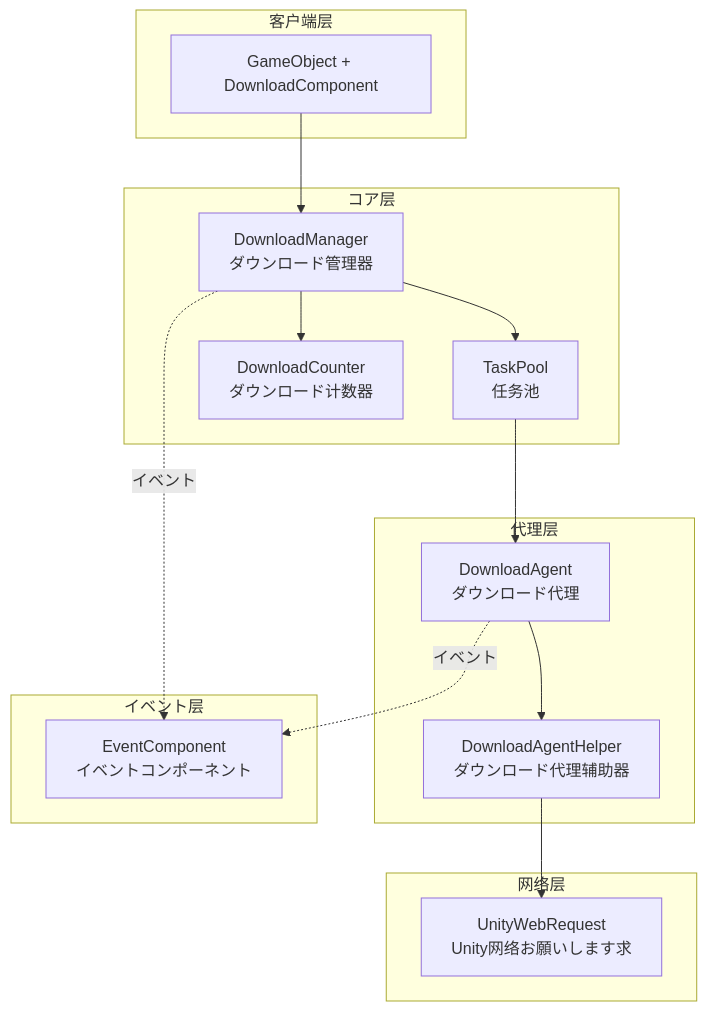
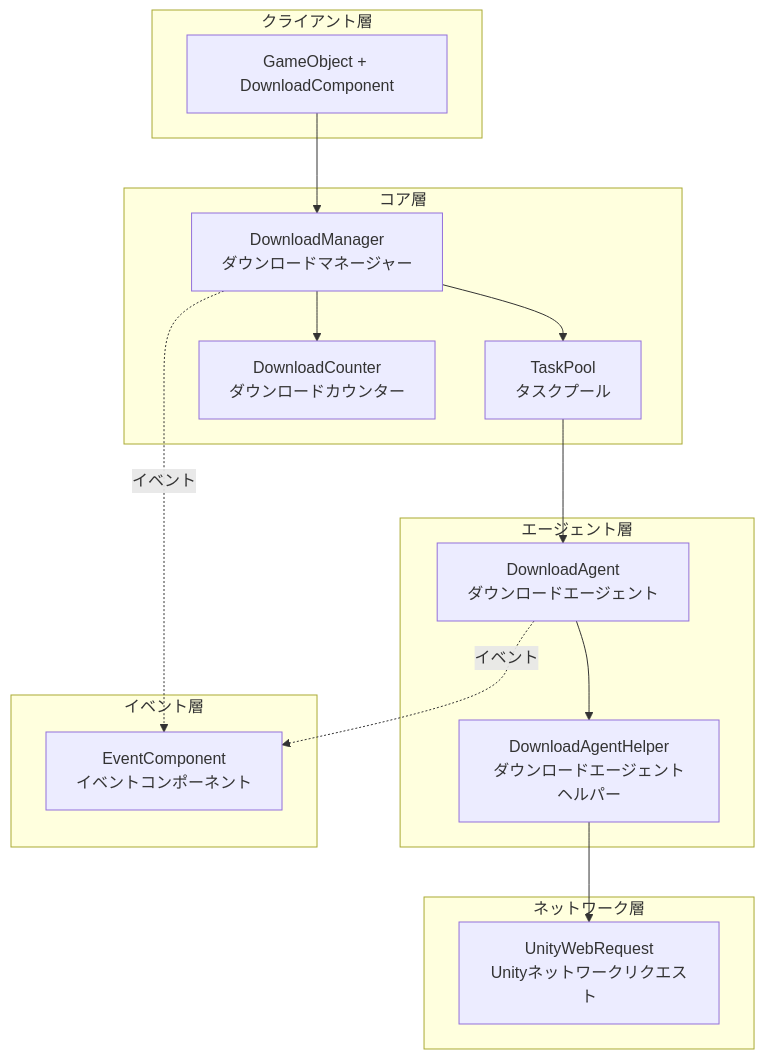
The first of 2 diagrams in docs/ja/client/unity/component/download/01.overview.md (AlianBlank/GameFrameX.Docs), drawn with Mermaid before and after one commit. The commit also changed other lines of this file and 320 other files, not shown here.

````diff
--- a/docs/ja/client/unity/component/download/01.overview.md
+++ b/docs/ja/client/unity/component/download/01.overview.md
@@ -73,34 +73,34 @@
 ```mermaid
 flowchart TB
-    subgraph ClientLayer["客户端层"]
+    subgraph ClientLayer["クライアント層"]
         GC[GameObject + DownloadComponent]
     end
 
-    subgraph CoreLayer["コア层"]
-        DM[DownloadManager<br/>ダウンロード管理器]
-        TP[TaskPool<br/>任务池]
-        DC[DownloadCounter<br/>ダウンロード计数器]
+    subgraph CoreLayer["コア層"]
+        DM[DownloadManager<br/>ダウンロードマネージャー]
+        TP[TaskPool<br/>タスクプール]
+        DC[DownloadCounter<br/>ダウンロードカウンター]
     end
 
-    subgraph AgentLayer["代理层"]
-        DA[DownloadAgent<br/>ダウンロード代理]
-        DAH[DownloadAgentHelper<br/>ダウンロード代理辅助器]
+    subgraph AgentLayer["エージェント層"]
+        DA[DownloadAgent<br/>ダウンロードエージェント]
+        DAH[DownloadAgentHelper<br/>ダウンロードエージェントヘルパー]
     end
 
-    subgraph NetworkLayer["网络层"]
-        UWR[UnityWebRequest<br/>Unity网络お願いします求]
+    subgraph NetworkLayer["ネットワーク層"]
+        UWR[UnityWebRequest<br/>Unityネットワークリクエスト]
     end
 
-    subgraph EventLayer["イベント层"]
+    subgraph EventLayer["イベント層"]
         EV[EventComponent<br/>イベントコンポーネント]
     end
 
     GC --> DM
     DM --> TP
     DM --> DC
     TP --> DA
     DA --> DAH
     DAH --> UWR
     DM -.->|イベント| EV
     DA -.->|イベント| EV
 ```
````
